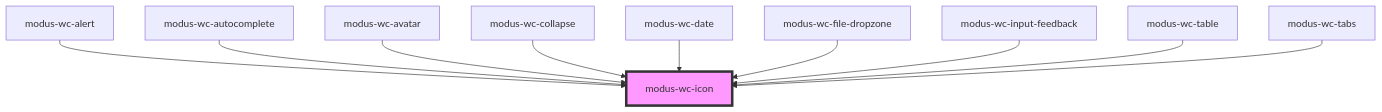
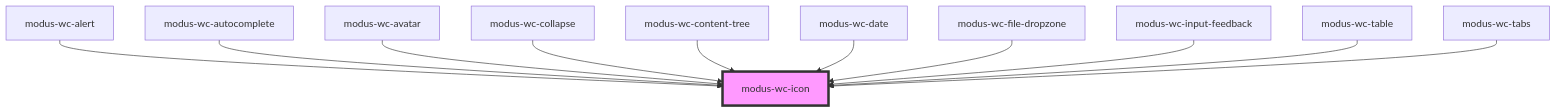
One commit to trimble-oss/modus-wc-2.0 changed the diagram in src/components/modus-wc-icon/readme.md. Above: the diagram before and after it, drawn with Mermaid. The commit also changed other lines of this file and 10 other files, not shown here.

````diff
--- a/src/components/modus-wc-icon/readme.md
+++ b/src/components/modus-wc-icon/readme.md
@@ -40,13 +41,14 @@
 ```mermaid
 graph TD;
   modus-wc-alert --> modus-wc-icon
   modus-wc-autocomplete --> modus-wc-icon
   modus-wc-avatar --> modus-wc-icon
   modus-wc-collapse --> modus-wc-icon
+  modus-wc-content-tree --> modus-wc-icon
   modus-wc-date --> modus-wc-icon
   modus-wc-file-dropzone --> modus-wc-icon
   modus-wc-input-feedback --> modus-wc-icon
   modus-wc-table --> modus-wc-icon
   modus-wc-tabs --> modus-wc-icon
   style modus-wc-icon fill:#f9f,stroke:#333,stroke-width:4px
 ```
````
